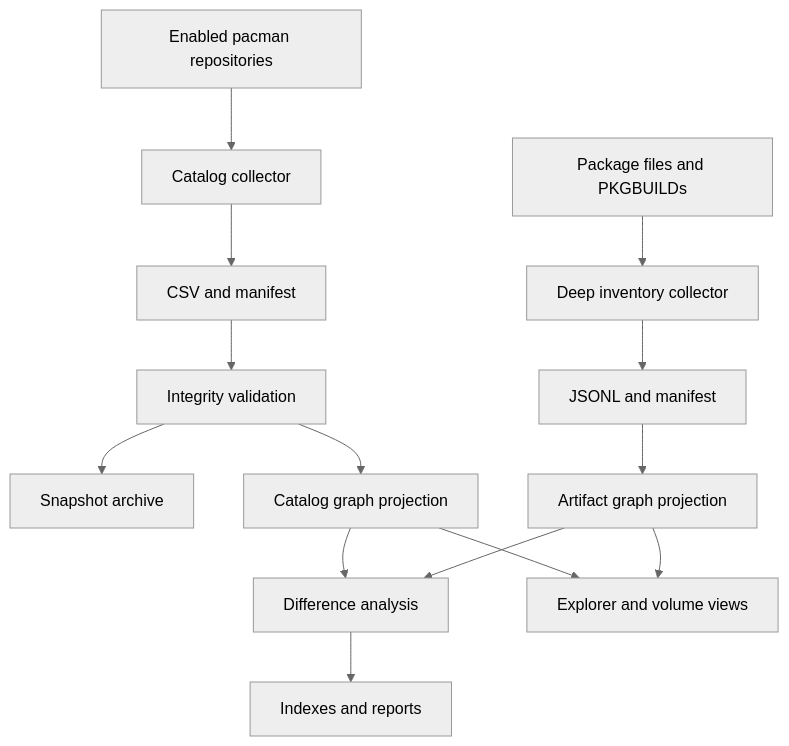
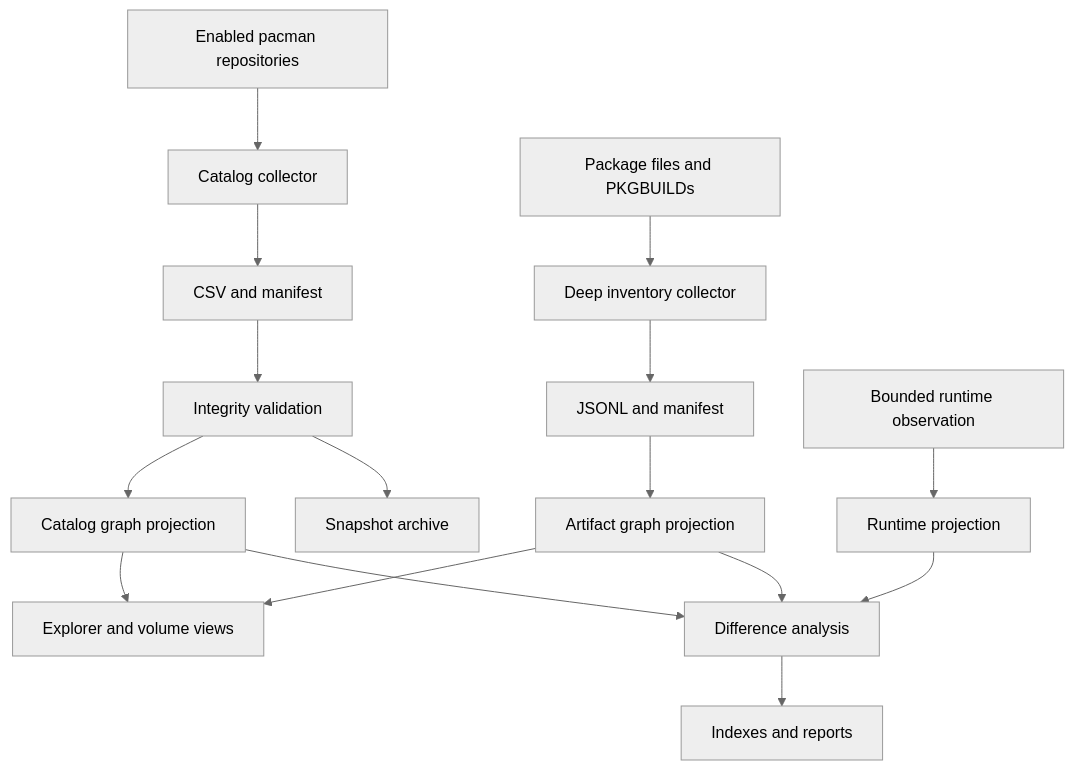
Before and after one commit to baileyrd/AKB: the diagram in docs/SELF-UPDATING-KNOWLEDGE-BASE.md, drawn with Mermaid (neutral theme). The commit also changed other lines of this file and 9 other files, not shown here.

Commit message:
Add runtime observation pipeline

````diff
--- a/docs/SELF-UPDATING-KNOWLEDGE-BASE.md
+++ b/docs/SELF-UPDATING-KNOWLEDGE-BASE.md
@@ -12,16 +12,18 @@
 ```mermaid
 flowchart TD
     A["Enabled pacman repositories"] --> B["Catalog collector"]
     B --> C["CSV and manifest"]
     C --> D["Integrity validation"]
     D --> E["Snapshot archive"]
     D --> F["Catalog graph projection"]
     J["Package files and PKGBUILDs"] --> K["Deep inventory collector"]
     K --> L["JSONL and manifest"]
     L --> M["Artifact graph projection"]
     F --> G["Difference analysis"]
     M --> G
+    R["Bounded runtime observation"] --> S["Runtime projection"]
+    S --> G
     G --> H["Indexes and reports"]
     F --> I["Explorer and volume views"]
     M --> I
 ```
````
